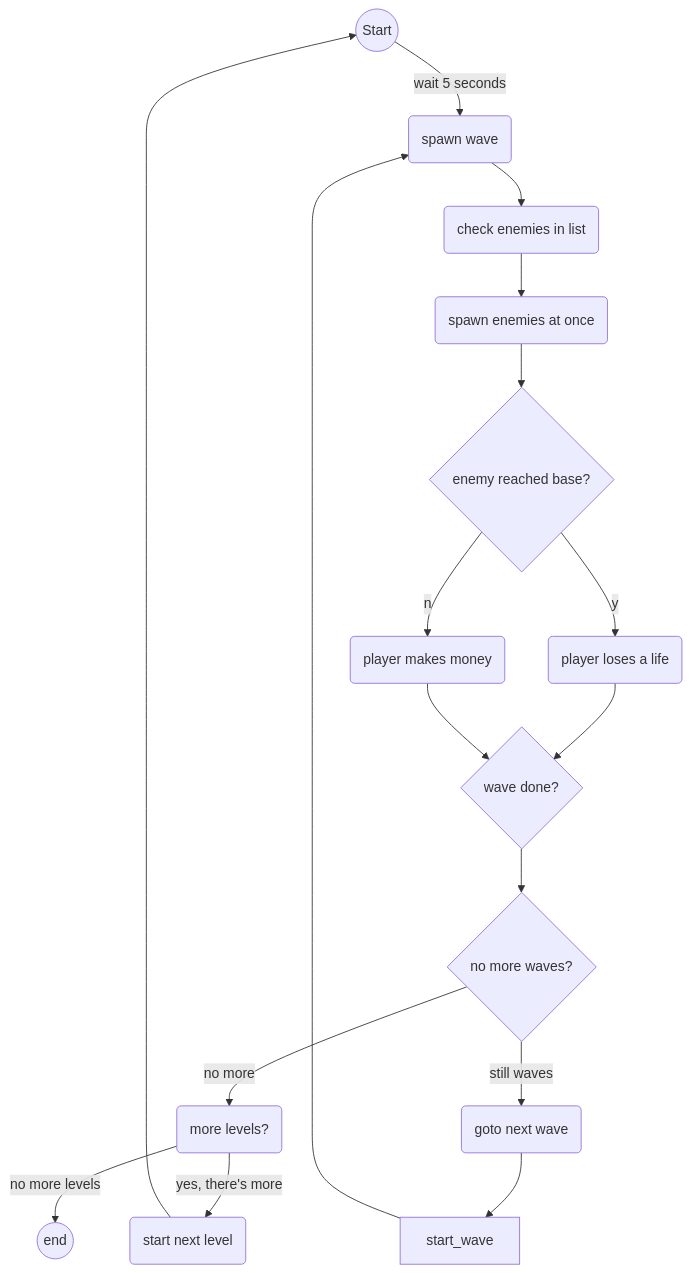
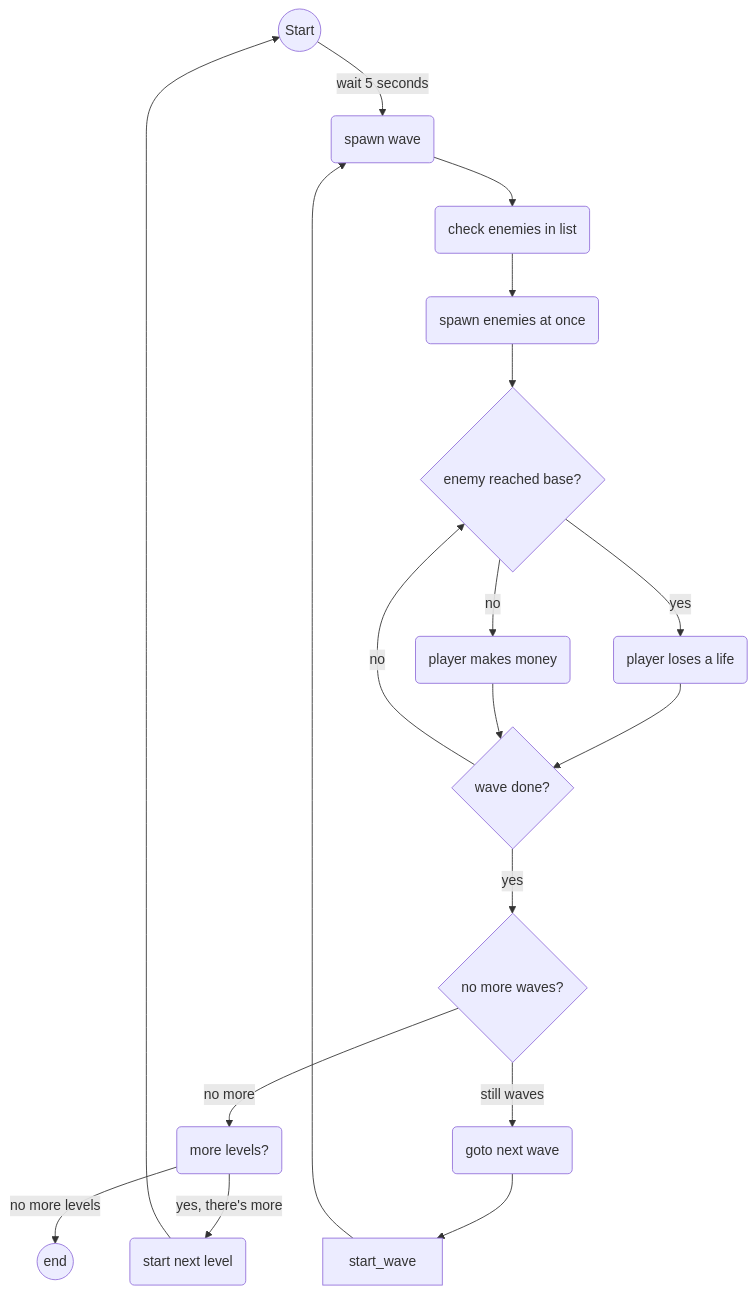
One commit to spookyboy2000/SproutScape changed the diagram in README.md. Above: the diagram before and after it, drawn with Mermaid.

````diff
--- a/README.md
+++ b/README.md
@@ -2,23 +2,26 @@
 ```mermaid
 flowchart TD
 
 start((Start)) -->|wait 5 seconds| spawn_w(spawn wave)
 spawn_w --> checken(check enemies in list)
 checken --> spawn_e(spawn enemies at once)
 spawn_e --> reached_base{enemy reached base?}
-reached_base -->|y| lose_life(player loses a life)
-reached_base -->|n| money(player makes money)
+reached_base -->|yes| lose_life(player loses a life)
+reached_base -->|no| money(player makes money)
 lose_life --> wave_done{wave done?}
 money --> wave_done
+wave_done -->|no| reached_base
 
 no_more_waves{no more waves?} -->|no more| more_lev(more levels?)
-wave_done --> no_more_waves
+
+wave_done -->|yes| no_more_waves
+
 no_more_waves -->|still waves| next_wave(goto next wave)
 next_wave --> start_wave
 start_wave --> spawn_w
 more_lev -->|yes, there's more| next_lev(start next level)
 
 more_lev -->|no more levels| end_d((end))
 
 next_lev --> start
 ```
````
